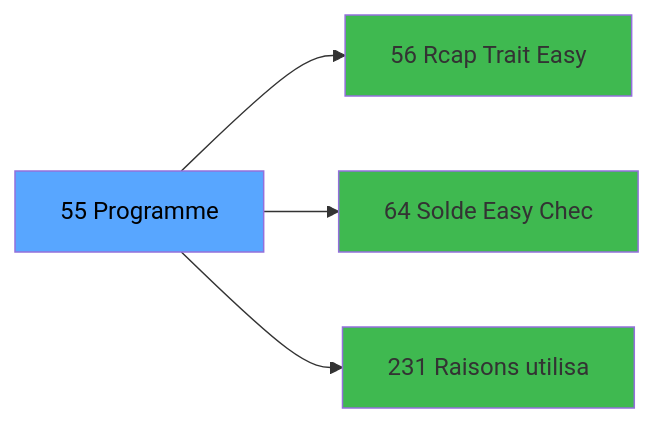
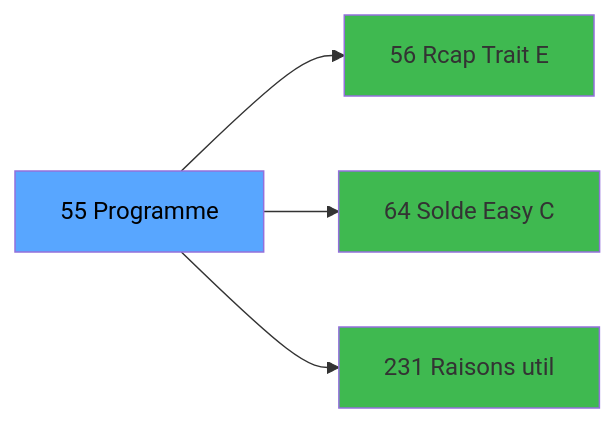
Before and after one commit to thonyAGP/magic-migration: the third of 3 diagrams in .openspec/specs/ADH-IDE-55.md, drawn with Mermaid. The commit also changed other lines of this file and 323 other files, not shown here.

````diff
--- a/.openspec/specs/ADH-IDE-55.md
+++ b/.openspec/specs/ADH-IDE-55.md
@@ -114,14 +133,14 @@
 ```mermaid
 graph LR
     T[55 Programme]
-    C56[56 Rcap Trait Easy]
+    C56[56 Rcap Trait E]
     T --> C56
-    C64[64 Solde Easy Chec]
+    C64[64 Solde Easy C]
     T --> C64
-    C231[231 Raisons utilisa]
+    C231[231 Raisons util]
     T --> C231
     style T fill:#58a6ff,color:#000
     style C56 fill:#3fb950
     style C64 fill:#3fb950
     style C231 fill:#3fb950
 ```
````
